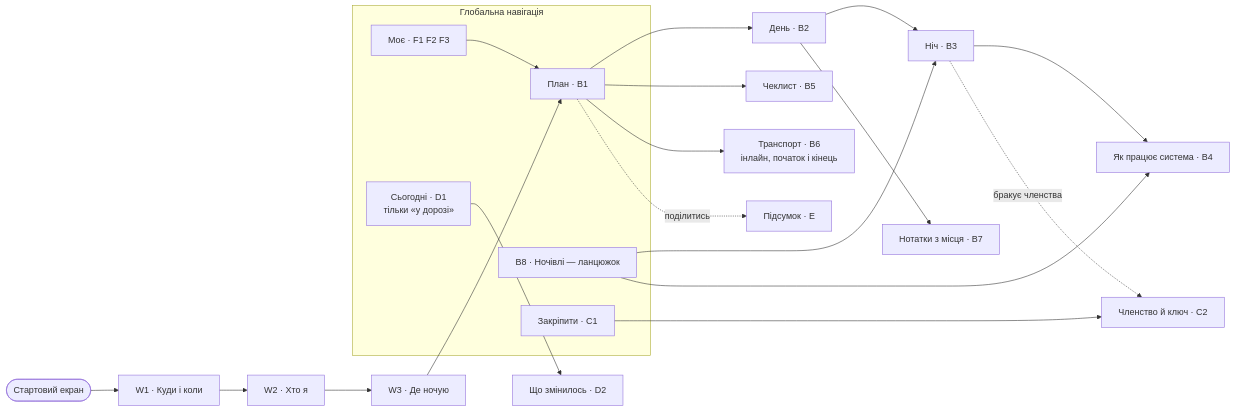
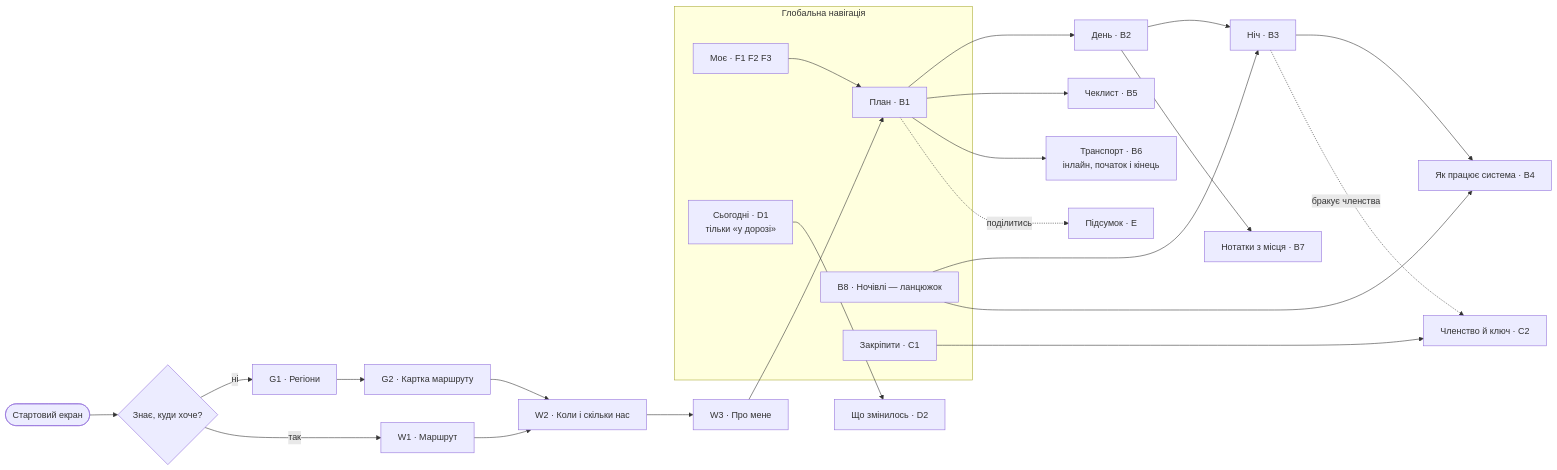
Before and after one commit to allaostrovaya/nestwood: the first of 2 diagrams in wireframes/sitemap.md, drawn with Mermaid. The commit also changed other lines of this file and 75 other files, not shown here.

````diff
--- a/wireframes/sitemap.md
+++ b/wireframes/sitemap.md
@@ -704,29 +832,33 @@
 ```mermaid
 flowchart LR
-    START([Стартовий екран]) --> W1[W1 · Куди і коли]
-    W1 --> W2[W2 · Хто я]
-    W2 --> W3[W3 · Де ночую]
+    START([Стартовий екран]) --> QK{Знає, куди хоче?}
+    QK -->|ні| G1[G1 · Регіони]
+    G1 --> G2[G2 · Картка маршруту]
+    G2 --> W2
+    QK -->|так| W1[W1 · Маршрут]
+    W1 --> W2[W2 · Коли і скільки нас]
+    W2 --> W3[W3 · Про мене]
     W3 --> B1
 
     subgraph GLOBAL ["Глобальна навігація"]
         B1[План · B1]
         NIGHTS["B8 · Ночівлі — ланцюжок"]
         C1[Закріпити · C1]
         MINE[Моє · F1 F2 F3]
         TODAY[Сьогодні · D1<br/>тільки «у дорозі»]
     end
 
     B1 --> B2[День · B2]
     B1 --> B5[Чеклист · B5]
     B1 --> B6[Транспорт · B6<br/>інлайн, початок і кінець]
     B1 -.поділитись.-> E[Підсумок · E]
     B2 --> B3[Ніч · B3]
     B2 --> B7[Нотатки з місця · B7]
     NIGHTS --> B3
     NIGHTS --> B4[Як працює система · B4]
     B3 --> B4
     B3 -.бракує членства.-> C2[Членство й ключ · C2]
     C1 --> C2
     TODAY --> D2[Що змінилось · D2]
     MINE --> B1
 ```
````
